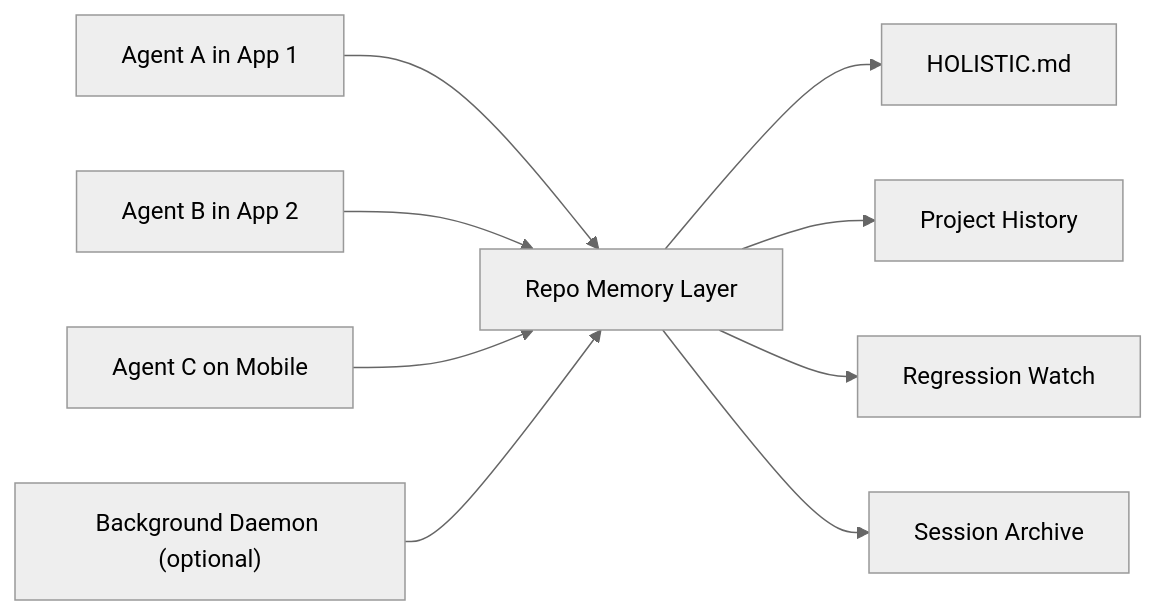
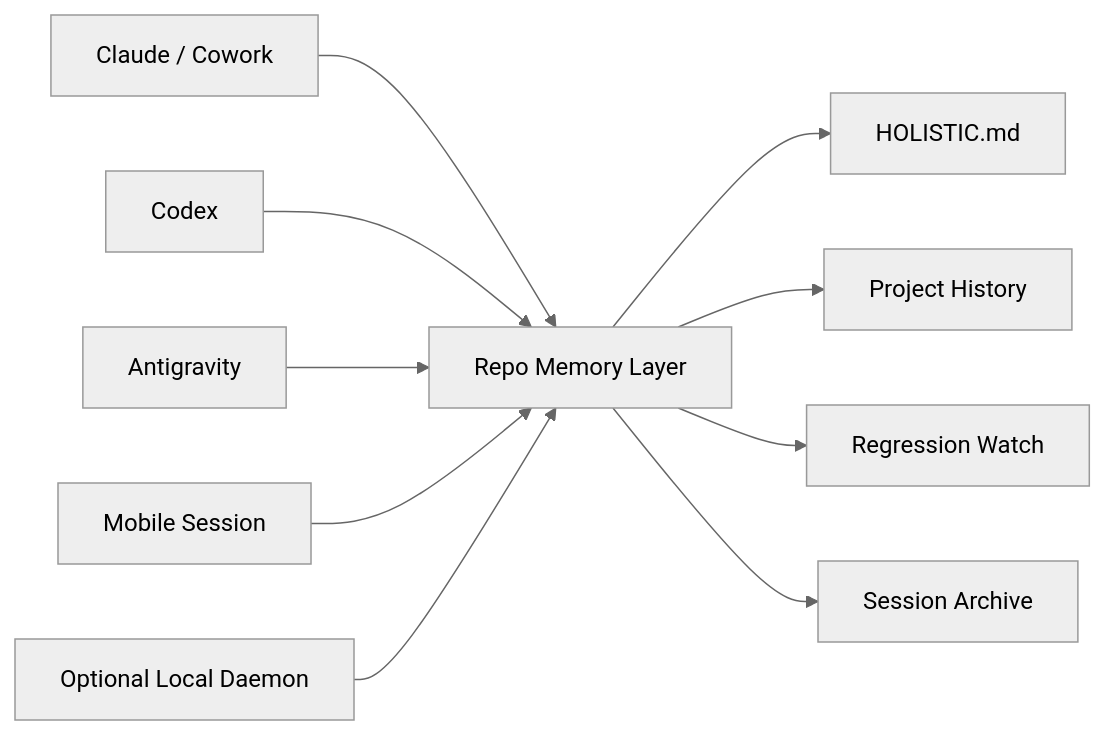
One commit to lweiss01/holistic changed the diagram in README.md. Above: the diagram before and after it, drawn with Mermaid (neutral theme). The commit also changed other lines of this file, not shown here.

````diff
--- a/README.md
+++ b/README.md
@@ -65,11 +107,12 @@
 ```mermaid
 flowchart LR
-    A["Agent A in App 1"] --> B["Repo Memory Layer"]
-    C["Agent B in App 2"] --> B
-    D["Agent C on Mobile"] --> B
-    E["Background Daemon (optional)"] --> B
-    B --> F["HOLISTIC.md"]
-    B --> G["Project History"]
-    B --> H["Regression Watch"]
-    B --> I["Session Archive"]
+    A["Claude / Cowork"] --> B["Repo Memory Layer"]
+    C["Codex"] --> B
+    D["Antigravity"] --> B
+    E["Mobile Session"] --> B
+    F["Optional Local Daemon"] --> B
+    B --> G["HOLISTIC.md"]
+    B --> H["Project History"]
+    B --> I["Regression Watch"]
+    B --> J["Session Archive"]
 ```
````
